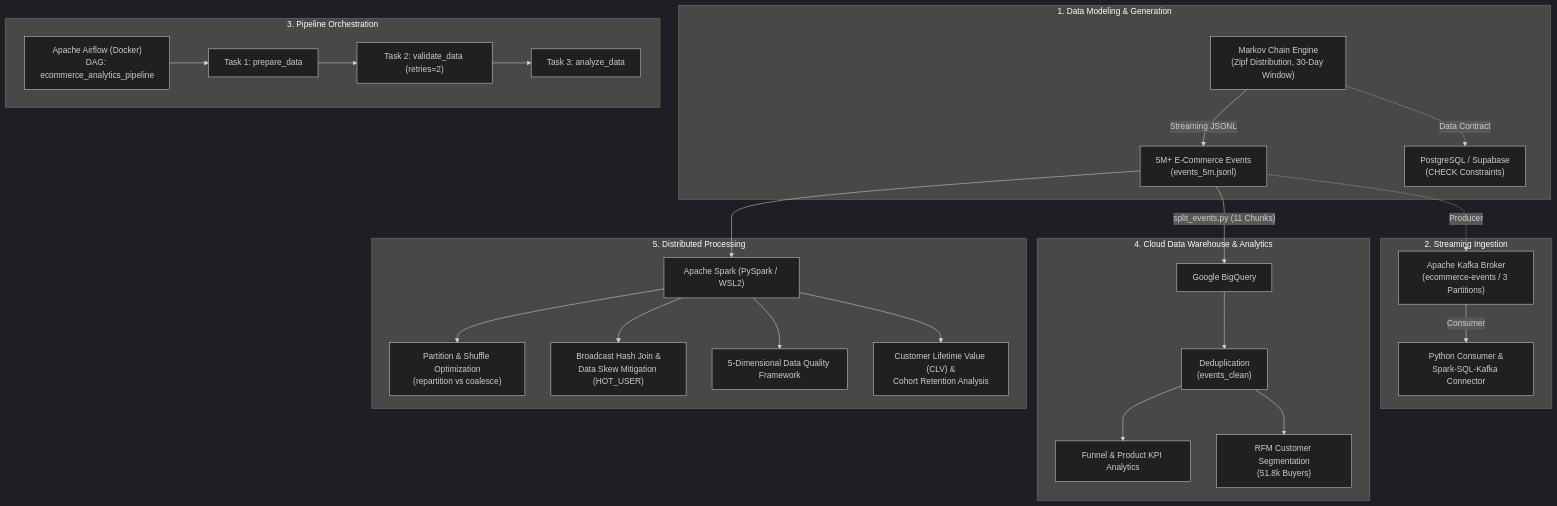
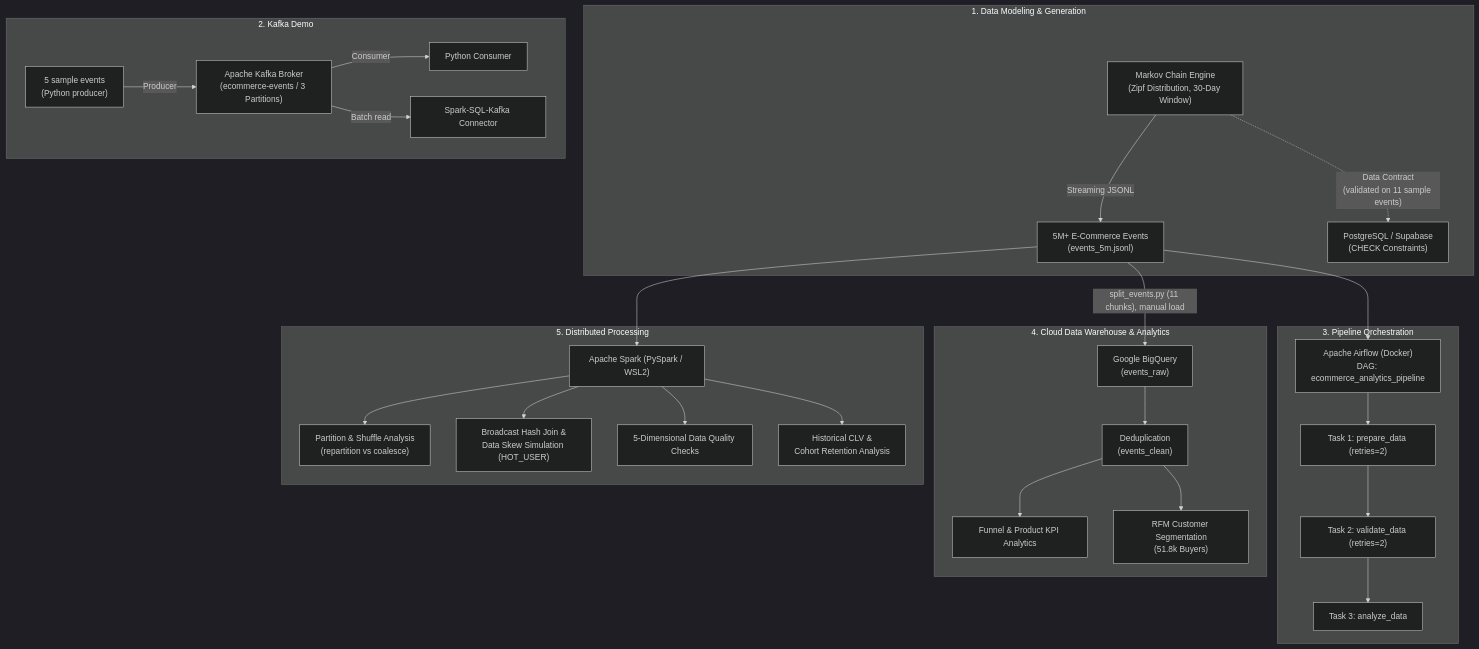
The diagram in README.md (edaakkus/ecommerce-data-pipeline), drawn with Mermaid (dark theme) before and after one commit. The commit also changed other lines of this file, not shown here.

````diff
--- a/README.md
+++ b/README.md
@@ -11,34 +13,37 @@
 ```mermaid
 flowchart TD
     subgraph DataGen["1. Data Modeling & Generation"]
         A["Markov Chain Engine<br/>(Zipf Distribution, 30-Day Window)"] -->|"Streaming JSONL"| B["5M+ E-Commerce Events<br/>(events_5m.jsonl)"]
-        A -.->|"Data Contract"| DB["PostgreSQL / Supabase<br/>(CHECK Constraints)"]
+        A -.->|"Data Contract<br/>(validated on 11 sample events)"| DB["PostgreSQL / Supabase<br/>(CHECK Constraints)"]
     end
 
-    subgraph Streaming["2. Streaming Ingestion"]
-        B -.->|"Producer"| K1["Apache Kafka Broker<br/>(ecommerce-events / 3 Partitions)"]
-        K1 -->|"Consumer"| K2["Python Consumer &<br/>Spark-SQL-Kafka Connector"]
+    subgraph Streaming["2. Kafka Demo"]
+        S["5 sample events<br/>(Python producer)"] -->|"Producer"| K1["Apache Kafka Broker<br/>(ecommerce-events / 3 Partitions)"]
+        K1 -->|"Consumer"| K2["Python Consumer"]
+        K1 -->|"Batch read"| K3["Spark-SQL-Kafka Connector"]
     end
 
     subgraph Orchestration["3. Pipeline Orchestration"]
         C["Apache Airflow (Docker)<br/>DAG: ecommerce_analytics_pipeline"]
-        C --> D["Task 1: prepare_data"]
+        C --> D["Task 1: prepare_data (retries=2)"]
         D --> E["Task 2: validate_data (retries=2)"]
         E --> F["Task 3: analyze_data"]
     end
 
     subgraph DWH["4. Cloud Data Warehouse & Analytics"]
-        B -->|"split_events.py (11 Chunks)"| G["Google BigQuery"]
-        G --> H["Deduplication<br/>(events_clean)"]
+        G["Google BigQuery<br/>(events_raw)"] --> H["Deduplication<br/>(events_clean)"]
         H --> I["Funnel & Product KPI Analytics"]
         H --> J["RFM Customer Segmentation<br/>(51.8k Buyers)"]
     end
 
     subgraph Distributed["5. Distributed Processing"]
-        B --> K["Apache Spark (PySpark / WSL2)"]
-        K --> L["Partition & Shuffle Optimization<br/>(repartition vs coalesce)"]
-        K --> M["Broadcast Hash Join &<br/>Data Skew Mitigation (HOT_USER)"]
-        K --> N["5-Dimensional Data Quality Framework"]
-        K --> O["Customer Lifetime Value (CLV) &<br/>Cohort Retention Analysis"]
+        K["Apache Spark (PySpark / WSL2)"] --> L["Partition & Shuffle Analysis<br/>(repartition vs coalesce)"]
+        K --> M["Broadcast Hash Join &<br/>Data Skew Simulation (HOT_USER)"]
+        K --> N["5-Dimensional Data Quality Checks"]
+        K --> O["Historical CLV &<br/>Cohort Retention Analysis"]
     end
+
+    B --> C
+    B -->|"split_events.py (11 chunks), manual load"| G
+    B --> K
 ```
````
